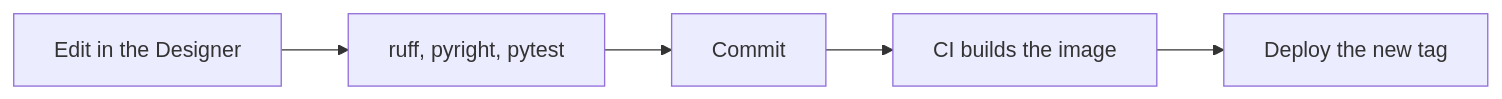
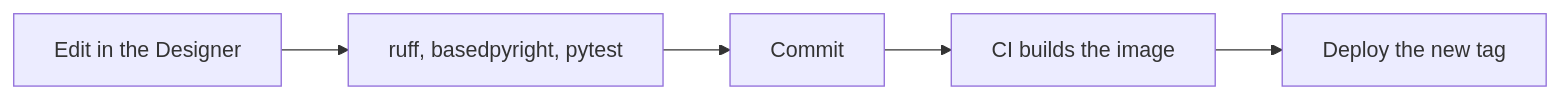
Before and after one commit to Apollogeddon/ignition-demo: the diagram in webpage/src/content/docs/guides/workflow.md, drawn with Mermaid. The commit also changed other lines of this file and 14 other files, not shown here.

````diff
--- a/webpage/src/content/docs/guides/workflow.md
+++ b/webpage/src/content/docs/guides/workflow.md
@@ -8,7 +8,7 @@
 ```mermaid
 flowchart LR
-    Edit[Edit in the Designer] --> Check[ruff, pyright, pytest]
+    Edit[Edit in the Designer] --> Check[ruff, basedpyright, pytest]
     Check --> Commit[Commit]
     Commit --> CI[CI builds the image]
     CI --> Deploy[Deploy the new tag]
 ```
````
